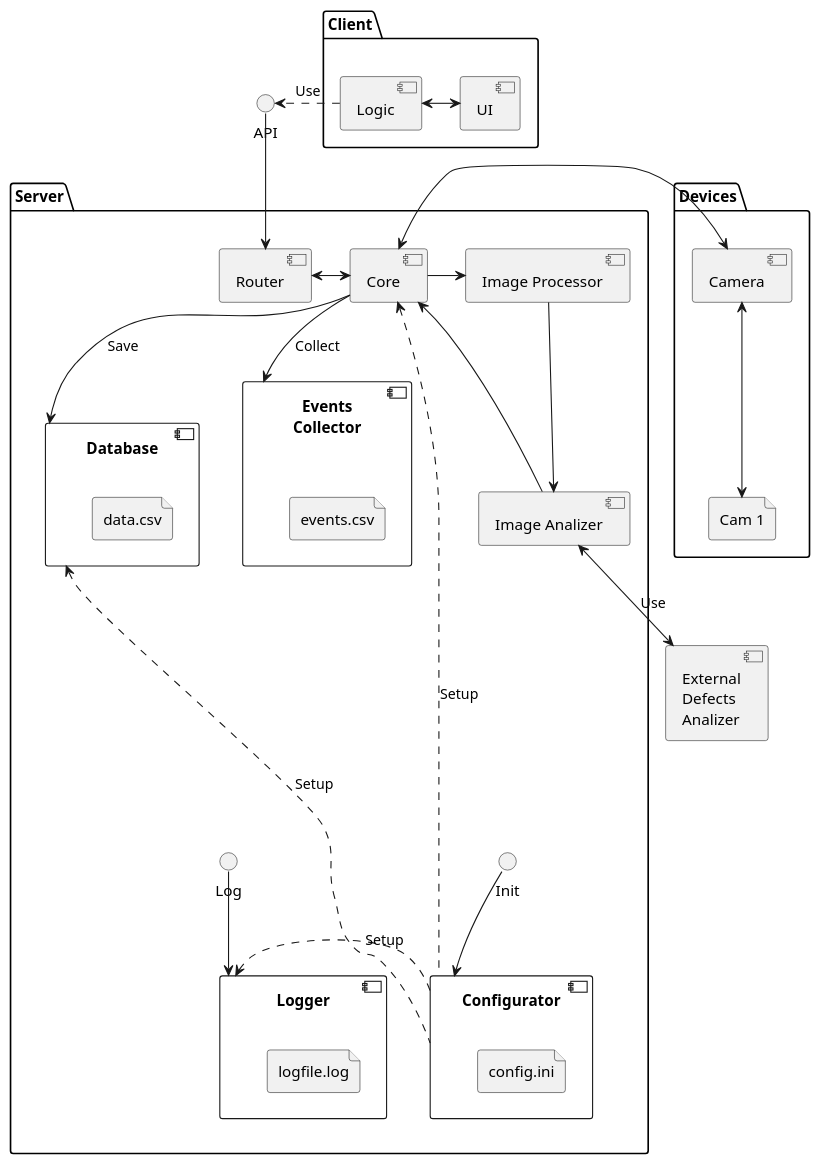
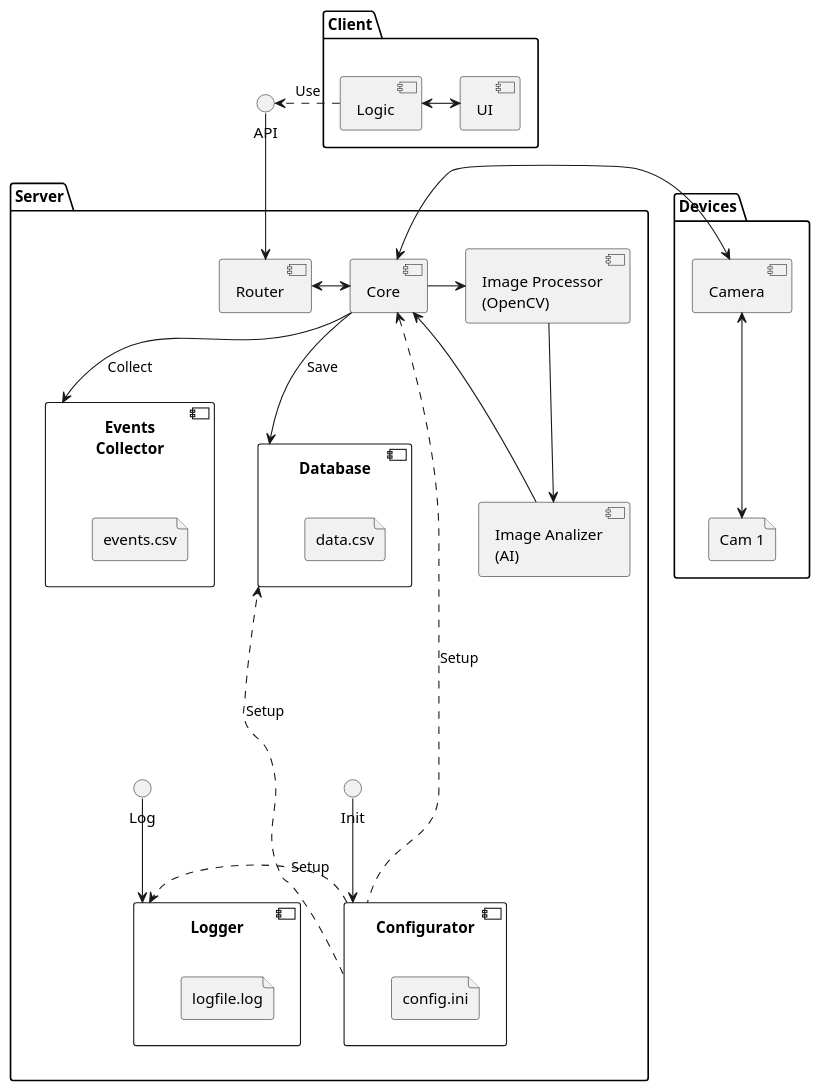
Before and after one commit to NikRam822/AutomatedIngotDetectionSystem: the diagram in Documentation/Architecture/system_components.puml, drawn with PlantUML. The commit also changed 1 other file, not shown here.

```diff
--- a/Documentation/Architecture/system_components.puml
+++ b/Documentation/Architecture/system_components.puml
@@ -1,70 +1,66 @@
 @startuml "AIDD Components"
 
 interface "API" as api
 
 package "Client" {
     component "UI" as client_ui
     component "Logic" as client_logic
 
     client_ui <-left-> client_logic
     client_logic ..right..> api: Use
 }
 
 
 package "Server" {
     component "Router" as router
     component "Core" as core
-    component "Image Processor" as proc
-    component "Image Analizer" as analizer
+    component "Image Processor\n(OpenCV)" as proc
+    component "Image Analizer\n(AI)" as analizer
 
     component "Database" as db {
         file "data.csv" as csv
     }
 
     component "Configurator" as config {
         file "config.ini"
     }
 
     component "Logger" as logger {
         file "logfile.log"
     }
 
     component "Events\nCollector" as events {
         file "events.csv"
     }
 
     interface "Init" as init
     interface "Log" as log
 
     init -down-> config
 
     router <-up- api
     router <-right-> core
 
     config ..up..> core: Setup
     config ..up..> db: Setup
     config ..right..> logger: Setup
 
     core -down-> db: Save
     core -down-> events: Collect
     core -right-> proc
     proc -down-> analizer
     analizer -up-> core
 
     log -down-> logger
 }
 
-component "External\nDefects\nAnalizer" as ai {
-    analizer <-down-> ai: Use
-}
-
 package "Devices" {
     component "Camera" as camera
 
     file "Cam 1" as cam1
 
     camera <--> cam1
     core <-right-> camera
 }
 
 @enduml
```
